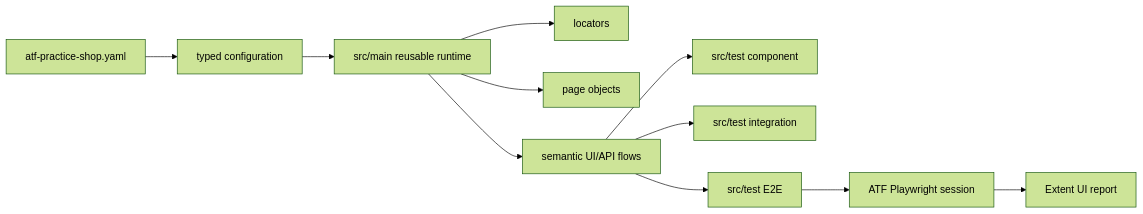
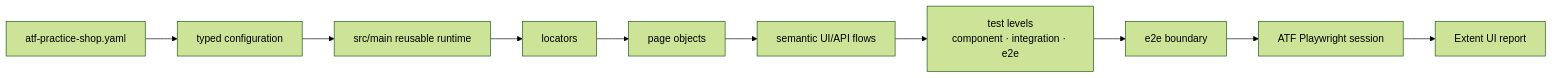
The first of 10 diagrams in atf-test-practice-shop/README.md (crististefanita/demo2), drawn with Mermaid (forest theme) before and after one commit. The commit also changed other lines of this file and 107 other files, not shown here.

````diff
--- a/atf-test-practice-shop/README.md
+++ b/atf-test-practice-shop/README.md
@@ -9,13 +9,12 @@
 ```mermaid
 flowchart LR
     Yaml[atf-practice-shop.yaml] --> Config[typed configuration]
     Config --> Runtime[src/main reusable runtime]
     Runtime --> Locators[locators]
-    Runtime --> Pages[page objects]
-    Runtime --> Flows[semantic UI/API flows]
-    Flows --> Component[src/test component]
-    Flows --> Integration[src/test integration]
-    Flows --> E2E[src/test E2E]
+    Locators --> Pages[page objects]
+    Pages --> Flows[semantic UI/API flows]
+    Flows --> TestLevels[test levels<br/>component · integration · e2e]
+    TestLevels --> E2E[e2e boundary]
     E2E --> Ui[ATF Playwright session]
     Ui --> Report[Extent UI report]
 ```
````
